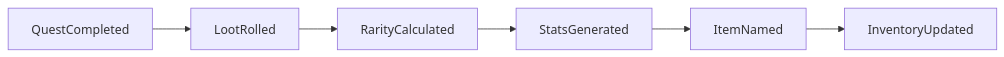
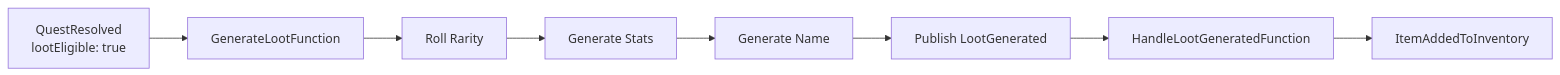
The fifth of 12 diagrams in docs/Bmd.GuildManager - System Architecture Diagrams.md (JranZu/Bmd.GuildManager), drawn with Mermaid before and after one commit. The commit also changed other lines of this file and 14 other files, not shown here.

````diff
--- a/docs/Bmd.GuildManager - System Architecture Diagrams.md
+++ b/docs/Bmd.GuildManager - System Architecture Diagrams.md
@@ -181,21 +192,27 @@
 ```mermaid
 flowchart LR
 
-A[QuestCompleted]
+A[QuestResolved\nlootEligible: true]
 
-B[LootRolled]
+B[GenerateLootFunction]
 
-C[RarityCalculated]
+C[Roll Rarity]
 
-D[StatsGenerated]
+D[Generate Stats]
 
-E[ItemNamed]
+E[Generate Name]
 
-F[InventoryUpdated]
+F[Publish LootGenerated]
+
+G[HandleLootGeneratedFunction]
+
+H[ItemAddedToInventory]
 
 A --> B
 B --> C
 C --> D
 D --> E
 E --> F
+F --> G
+G --> H
 ```
````
